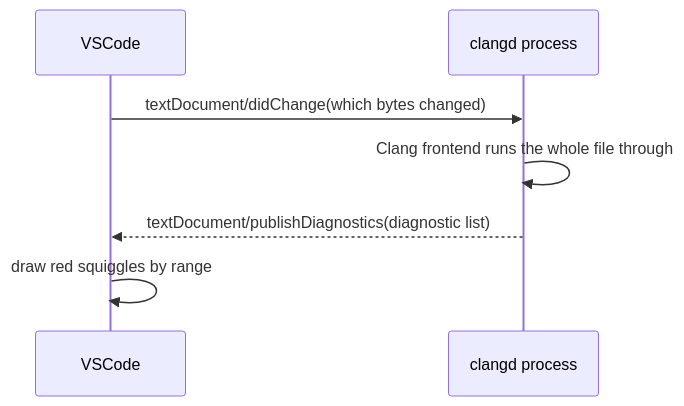
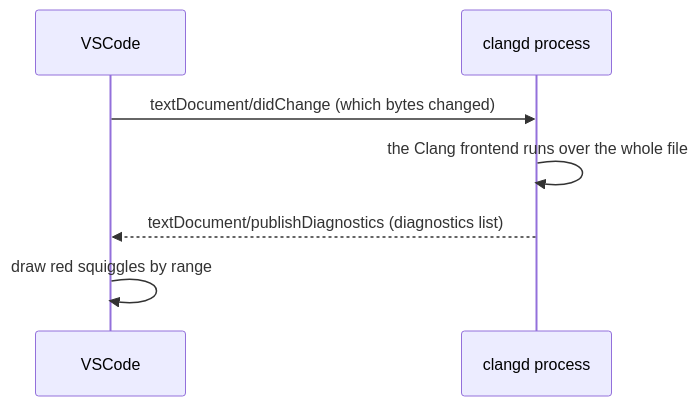
Before and after one commit to Awesome-Embedded-Learning-Studio/Tutorial_AwesomeModernCPP: the diagram in documents/en/vol8-domains/embedded/f103/00-env-setup/07-clangd.md, drawn with Mermaid. The commit also changed other lines of this file and 605 other files, not shown here.

````diff
--- a/documents/en/vol8-domains/embedded/f103/00-env-setup/07-clangd.md
+++ b/documents/en/vol8-domains/embedded/f103/00-env-setup/07-clangd.md
@@ -42,9 +42,9 @@
 ```mermaid
 sequenceDiagram
     participant V as VSCode
     participant C as clangd process
-    V->>C: textDocument/didChange(which bytes changed)
-    C->>C: Clang frontend runs the whole file through
-    C-->>V: textDocument/publishDiagnostics(diagnostic list)
+    V->>C: textDocument/didChange (which bytes changed)
+    C->>C: the Clang frontend runs over the whole file
+    C-->>V: textDocument/publishDiagnostics (diagnostics list)
     V->>V: draw red squiggles by range
 ```
````
